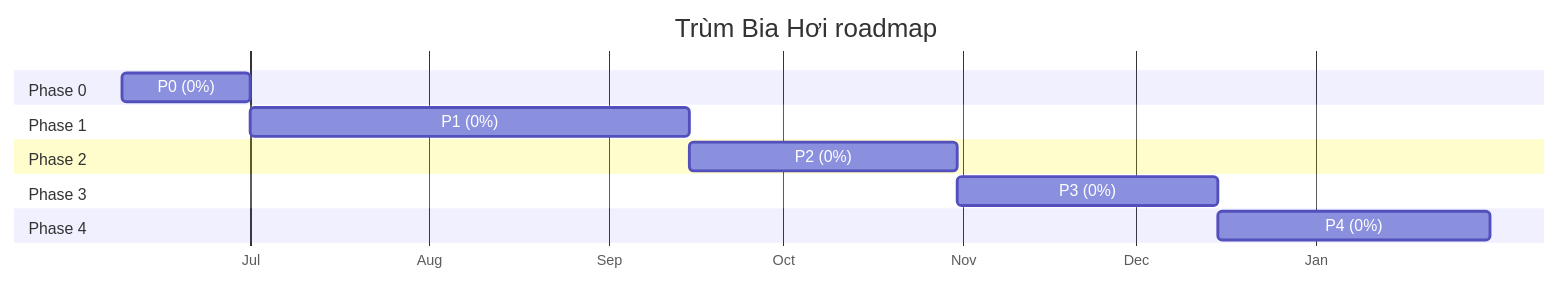
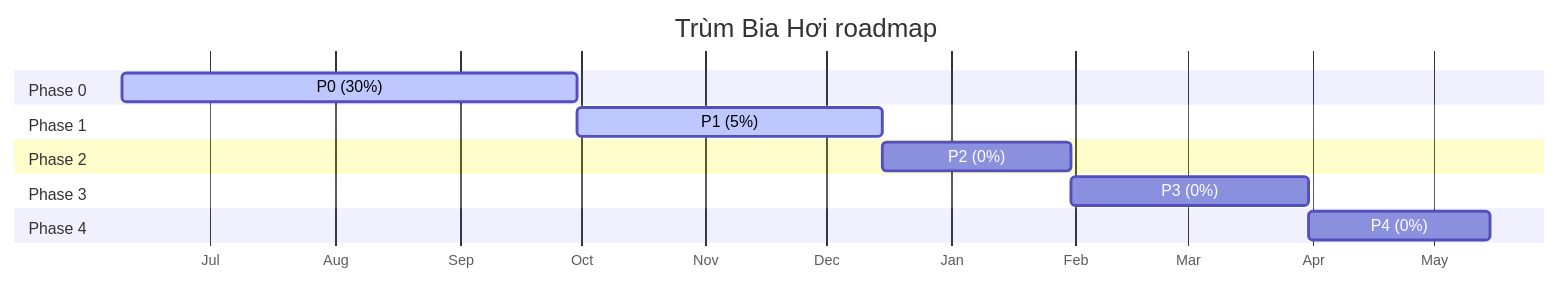
The diagram in docs/dashboard.md (maingocanh1702/trum-bia-hoi), drawn with Mermaid before and after one commit. The commit also changed other lines of this file and 11 other files, not shown here.

````diff
--- a/docs/dashboard.md
+++ b/docs/dashboard.md
@@ -82,16 +82,16 @@
 ```mermaid
 gantt
     title Trùm Bia Hơi roadmap
     dateFormat YYYY-MM-DD
     axisFormat %b
     section Phase 0
-    P0 (0%) : 2026-06-09, 2026-07-01
+    P0 (30%) : active, 2026-06-09, 2026-09-30
     section Phase 1
-    P1 (0%) : 2026-07-01, 2026-09-15
+    P1 (5%) : active, 2026-09-30, 2026-12-15
     section Phase 2
-    P2 (0%) : 2026-09-15, 2026-10-31
+    P2 (0%) : 2026-12-15, 2027-01-31
     section Phase 3
-    P3 (0%) : 2026-10-31, 2026-12-15
+    P3 (0%) : 2027-01-31, 2027-03-31
     section Phase 4
-    P4 (0%) : 2026-12-15, 2027-01-31
+    P4 (0%) : 2027-03-31, 2027-05-15
 ```
````
